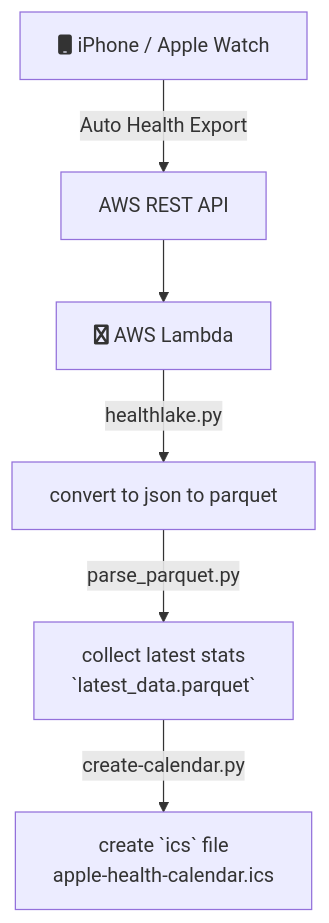
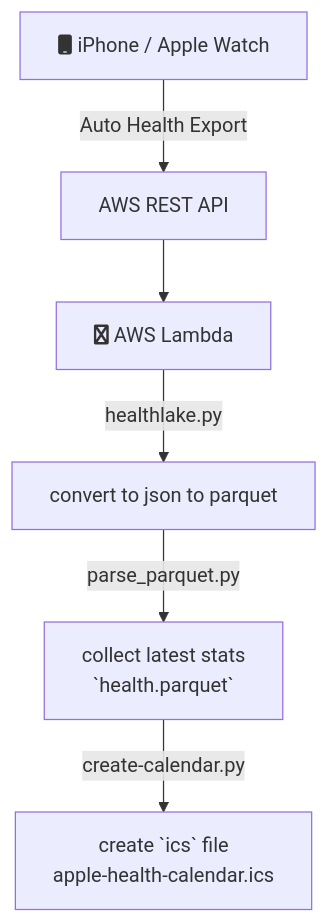
Before and after one commit to namtonthat/apple-health-data: the first of 2 diagrams in README.md, drawn with Mermaid. The commit also changed other lines of this file, not shown here.

Commit message:
add ER diagram

````diff
--- a/README.md
+++ b/README.md
@@ -4,8 +4,8 @@
 ```mermaid
 graph TD
     A[fa:fa-mobile iPhone / Apple Watch] -->|Auto Health Export|B
     B[AWS REST API] --> C[fa:fa-aws AWS Lambda]
     C -->|healthlake.py| D[convert to json to parquet]
-    D -->|parse_parquet.py| E[collect latest stats <br> `latest_data.parquet`]
+    D -->|parse_parquet.py| E[collect latest stats <br> `health.parquet`]
     E -->|create-calendar.py| F[create `ics` file <br> apple-health-calendar.ics]
 ```
````
